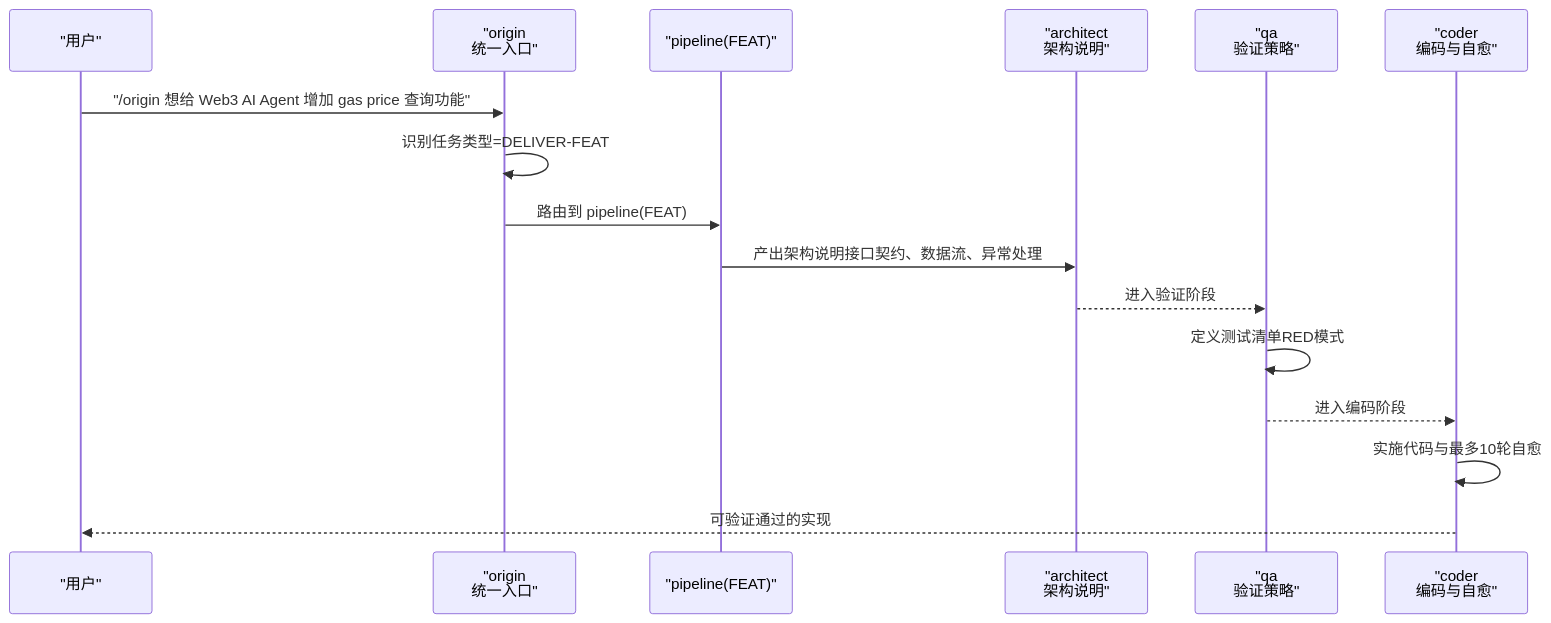
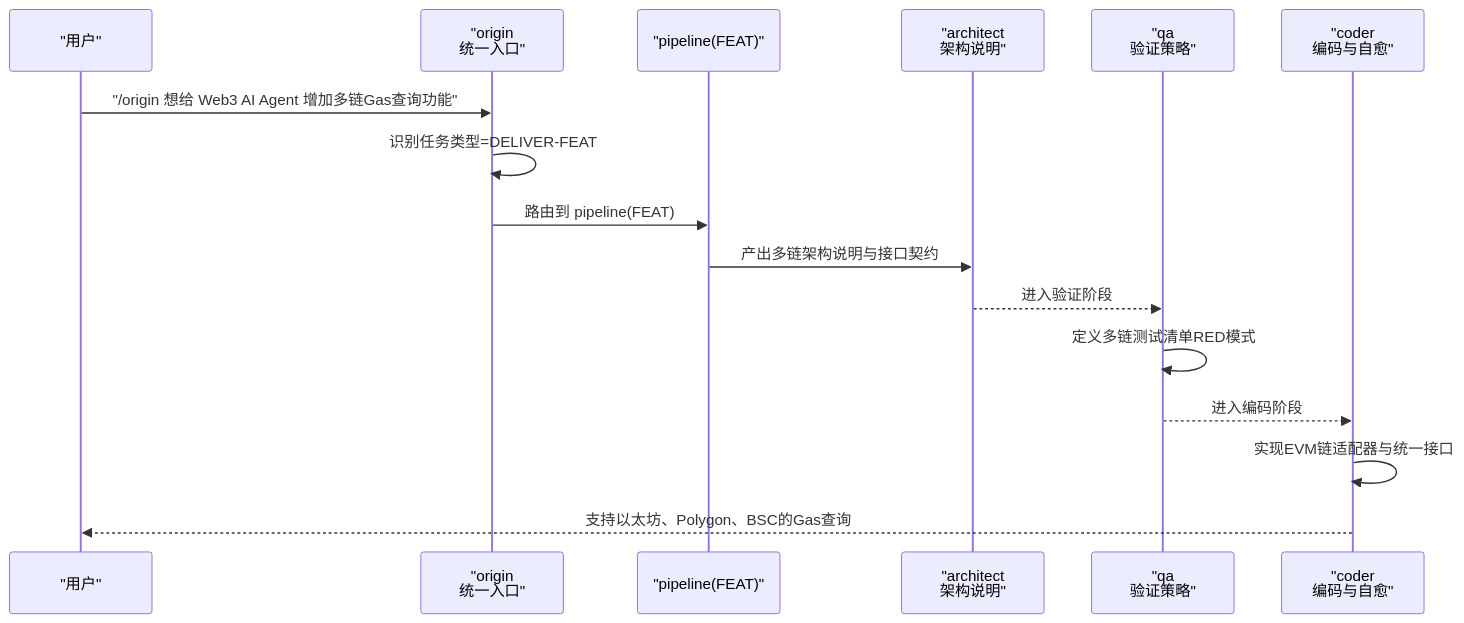
Before and after one commit to CryptoLinxu/Web3-AI-Agent: the second of 8 diagrams in .qoder/repowiki/zh/content/Web3工具集成/核心Web3工具实现/Gas价格查询工具.md, drawn with Mermaid. The commit also changed other lines of this file and 9 other files, not shown here.

````diff
--- a/.qoder/repowiki/zh/content/Web3工具集成/核心Web3工具实现/Gas价格查询工具.md
+++ b/.qoder/repowiki/zh/content/Web3工具集成/核心Web3工具实现/Gas价格查询工具.md
@@ -110,18 +121,18 @@
 ```mermaid
 sequenceDiagram
 participant U as "用户"
 participant O as "origin<br/>统一入口"
 participant P as "pipeline(FEAT)"
 participant A as "architect<br/>架构说明"
 participant Q as "qa<br/>验证策略"
 participant C as "coder<br/>编码与自愈"
-U->>O : "/origin 想给 Web3 AI Agent 增加 gas price 查询功能"
+U->>O : "/origin 想给 Web3 AI Agent 增加多链Gas查询功能"
 O->>O : 识别任务类型=DELIVER-FEAT
 O->>P : 路由到 pipeline(FEAT)
-P->>A : 产出架构说明接口契约、数据流、异常处理
+P->>A : 产出多链架构说明与接口契约
 A-->>Q : 进入验证阶段
-Q->>Q : 定义测试清单RED模式
+Q->>Q : 定义多链测试清单RED模式
 Q-->>C : 进入编码阶段
-C->>C : 实施代码与最多10轮自愈
-C-->>U : 可验证通过的实现
+C->>C : 实现EVM链适配器与统一接口
+C-->>U : 支持以太坊、Polygon、BSC的Gas查询
 ```
````
